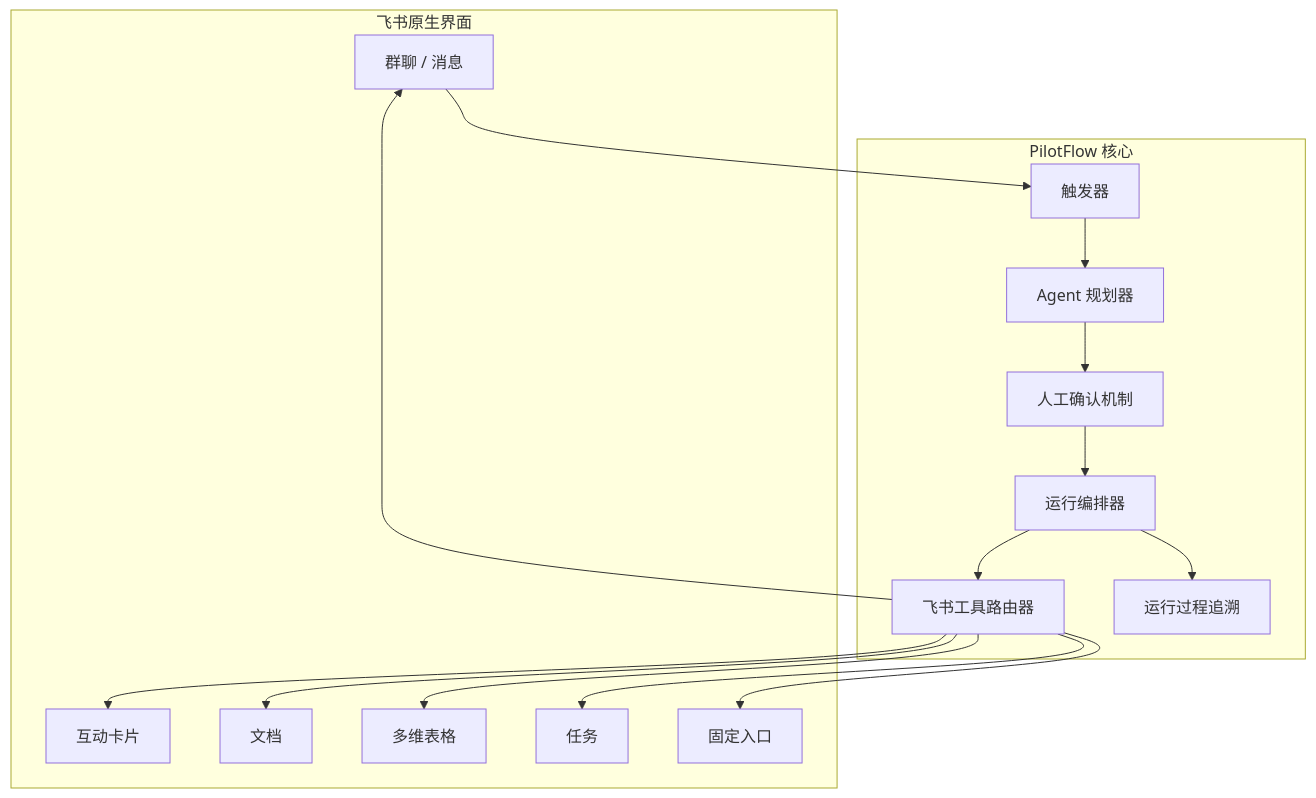
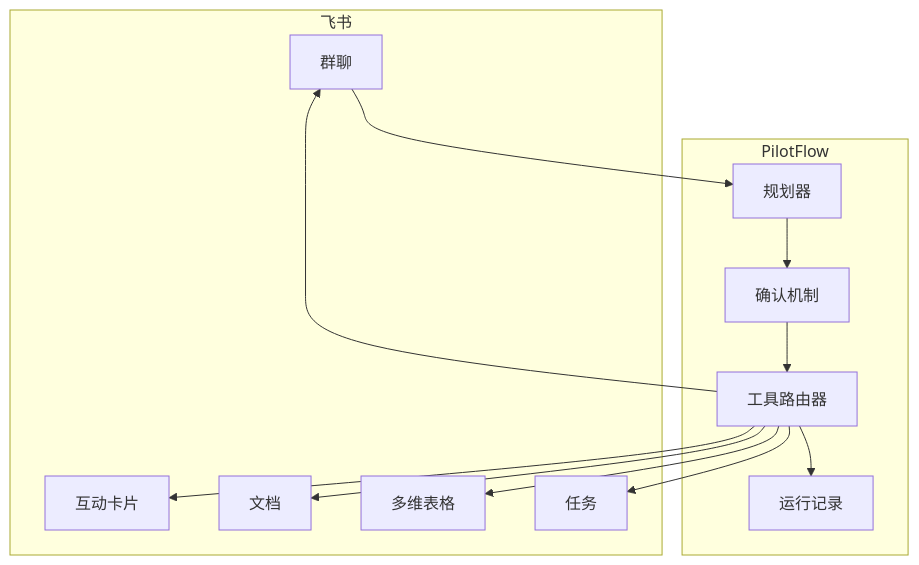
One commit to DeliciousBuding/pilot-flow changed the second of 2 diagrams in README.md. Above: the diagram before and after it, drawn with Mermaid. The commit also changed other lines of this file and 1 other file, not shown here.

First line of the commit message:
docs: remove GPT writing style and replace journey diagram

````diff
--- a/README.md
+++ b/README.md
@@ -110,33 +85,27 @@
 ```mermaid
 flowchart TB
-    subgraph "飞书原生界面"
-        IM["群聊 / 消息"]
+    subgraph "飞书"
+        IM["群聊"]
         Card["互动卡片"]
         Doc["文档"]
         Base["多维表格"]
         Task["任务"]
-        Ann["固定入口"]
     end
 
-    subgraph "PilotFlow 核心"
-        Trigger["触发器"]
-        Planner["Agent 规划器"]
-        Confirm["人工确认机制"]
-        Orchestrator["运行编排器"]
-        Router["飞书工具路由器"]
-        Recorder["运行过程追溯"]
+    subgraph "PilotFlow"
+        Planner["规划器"]
+        Confirm["确认机制"]
+        Router["工具路由器"]
+        Recorder["运行记录"]
     end
 
-    IM --> Trigger
-    Trigger --> Planner
+    IM --> Planner
     Planner --> Confirm
-    Confirm --> Orchestrator
-    Orchestrator --> Router
-    Orchestrator --> Recorder
+    Confirm --> Router
     Router --> Doc
     Router --> Base
     Router --> Task
     Router --> Card
-    Router --> Ann
     Router --> IM
+    Router --> Recorder
 ```
````
